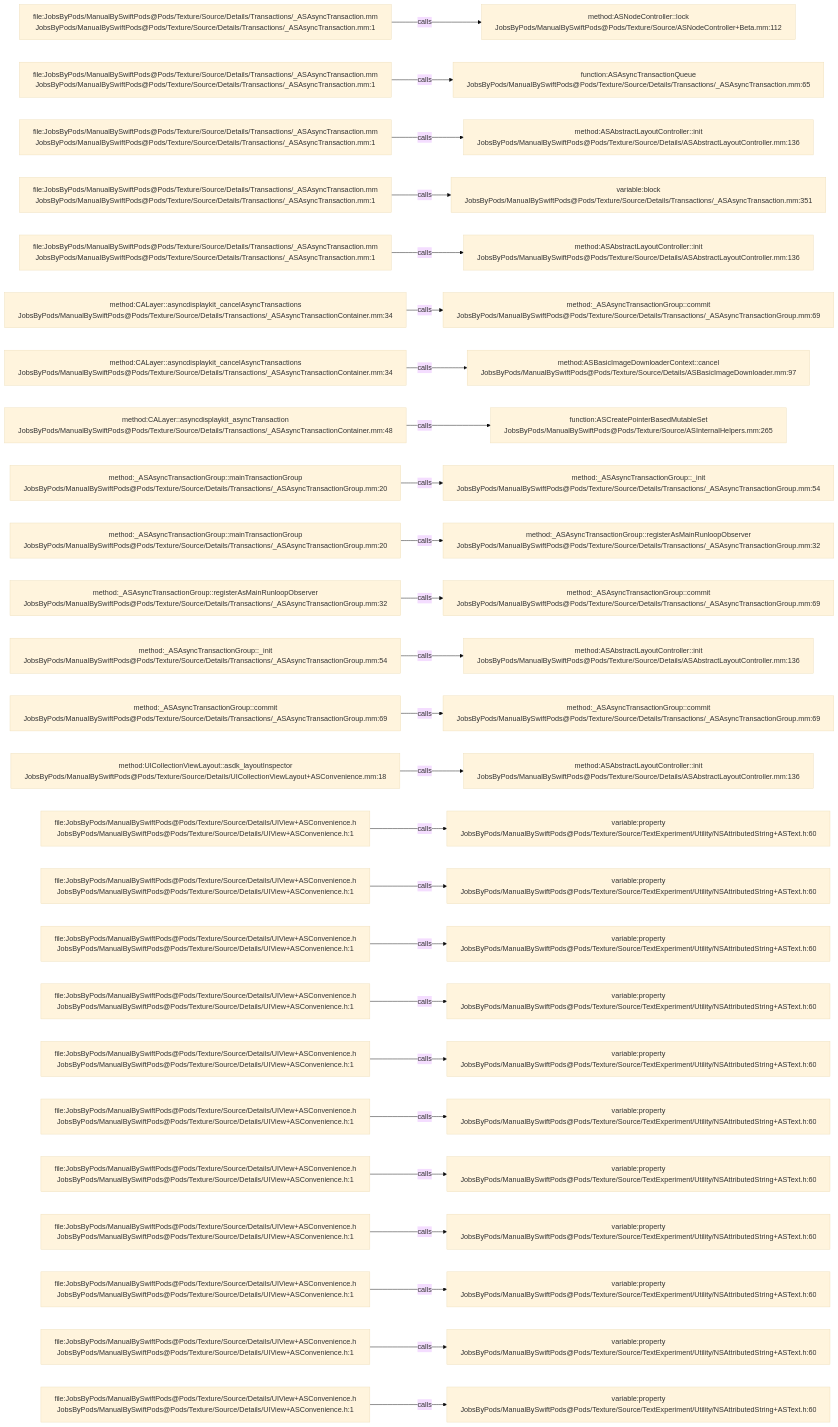
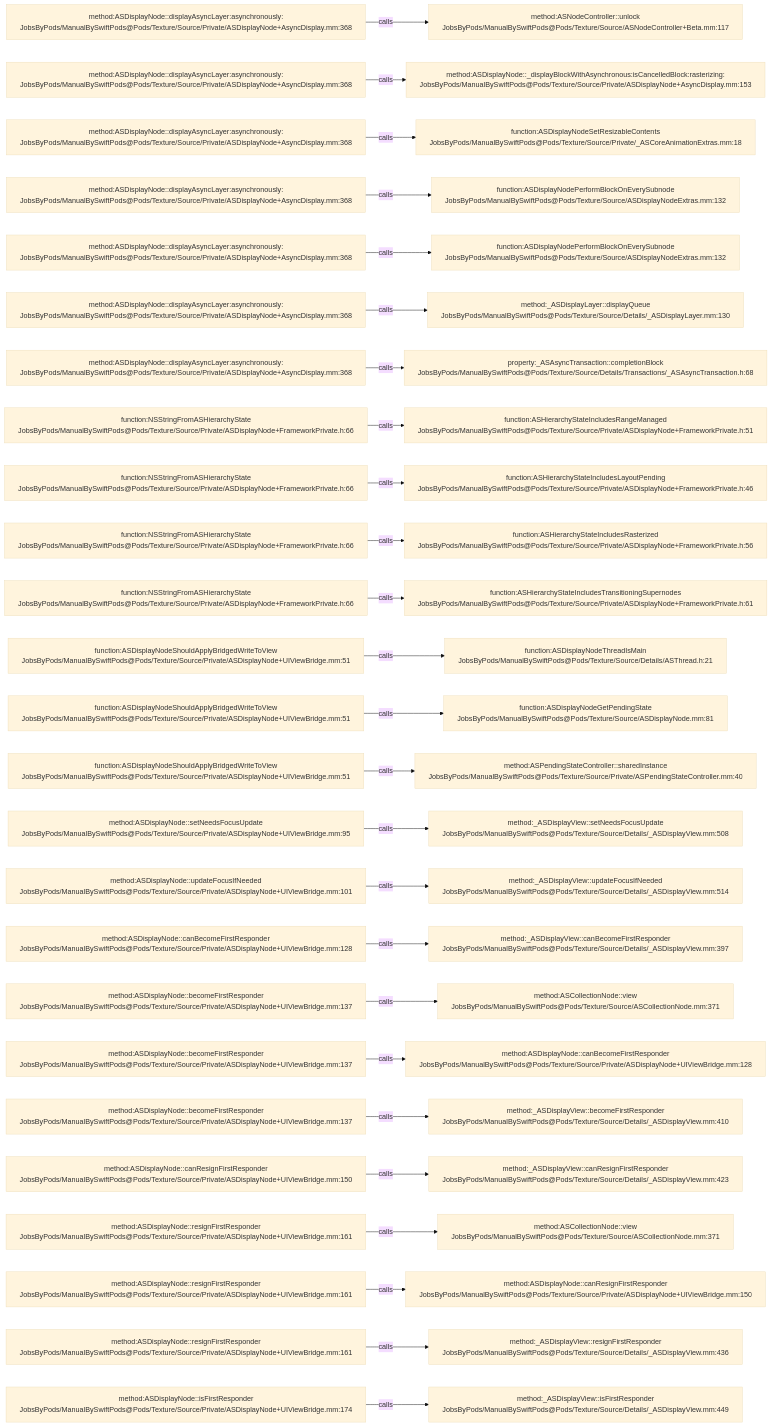
The diagram in .codegraph/codegraph.md/graphs/calls-118.md (JobsKits/JobsSwiftBaseConfigDemo), drawn with Mermaid (base theme) before and after one commit. The commit also changed 832 other files, not shown here.

````diff
--- a/.codegraph/codegraph.md/graphs/calls-118.md
+++ b/.codegraph/codegraph.md/graphs/calls-118.md
@@ -13,78 +13,78 @@
 ```mermaid
 flowchart LR
-  S1["file:JobsByPods/ManualBySwiftPods@Pods/Texture/Source/Details/Transactions/_ASAsyncTransaction.mm<br/>JobsByPods/ManualBySwiftPods@Pods/Texture/Source/Details/Transactions/_ASAsyncTransaction.mm:1"]
-  T1["method:ASNodeController::lock<br/>JobsByPods/ManualBySwiftPods@Pods/Texture/Source/ASNodeController+Beta.mm:112"]
+  S1["method:ASDisplayNode::displayAsyncLayer:asynchronously:<br/>JobsByPods/ManualBySwiftPods@Pods/Texture/Source/Private/ASDisplayNode+AsyncDisplay.mm:368"]
+  T1["method:ASNodeController::unlock<br/>JobsByPods/ManualBySwiftPods@Pods/Texture/Source/ASNodeController+Beta.mm:117"]
   S1 -->|calls| T1
-  S2["file:JobsByPods/ManualBySwiftPods@Pods/Texture/Source/Details/Transactions/_ASAsyncTransaction.mm<br/>JobsByPods/ManualBySwiftPods@Pods/Texture/Source/Details/Transactions/_ASAsyncTransaction.mm:1"]
-  T2["function:ASAsyncTransactionQueue<br/>JobsByPods/ManualBySwiftPods@Pods/Texture/Source/Details/Transactions/_ASAsyncTransaction.mm:65"]
+  S2["method:ASDisplayNode::displayAsyncLayer:asynchronously:<br/>JobsByPods/ManualBySwiftPods@Pods/Texture/Source/Private/ASDisplayNode+AsyncDisplay.mm:368"]
+  T2["method:ASDisplayNode::_displayBlockWithAsynchronous:isCancelledBlock:rasterizing:<br/>JobsByPods/ManualBySwiftPods@Pods/Texture/Source/Private/ASDisplayNode+AsyncDisplay.mm:153"]
   S2 -->|calls| T2
-  S3["file:JobsByPods/ManualBySwiftPods@Pods/Texture/Source/Details/Transactions/_ASAsyncTransaction.mm<br/>JobsByPods/ManualBySwiftPods@Pods/Texture/Source/Details/Transactions/_ASAsyncTransaction.mm:1"]
-  T3["method:ASAbstractLayoutController::init<br/>JobsByPods/ManualBySwiftPods@Pods/Texture/Source/Details/ASAbstractLayoutController.mm:136"]
+  S3["method:ASDisplayNode::displayAsyncLayer:asynchronously:<br/>JobsByPods/ManualBySwiftPods@Pods/Texture/Source/Private/ASDisplayNode+AsyncDisplay.mm:368"]
+  T3["function:ASDisplayNodeSetResizableContents<br/>JobsByPods/ManualBySwiftPods@Pods/Texture/Source/Private/_ASCoreAnimationExtras.mm:18"]
   S3 -->|calls| T3
-  S4["file:JobsByPods/ManualBySwiftPods@Pods/Texture/Source/Details/Transactions/_ASAsyncTransaction.mm<br/>JobsByPods/ManualBySwiftPods@Pods/Texture/Source/Details/Transactions/_ASAsyncTransaction.mm:1"]
-  T4["variable:block<br/>JobsByPods/ManualBySwiftPods@Pods/Texture/Source/Details/Transactions/_ASAsyncTransaction.mm:351"]
+  S4["method:ASDisplayNode::displayAsyncLayer:asynchronously:<br/>JobsByPods/ManualBySwiftPods@Pods/Texture/Source/Private/ASDisplayNode+AsyncDisplay.mm:368"]
+  T4["function:ASDisplayNodePerformBlockOnEverySubnode<br/>JobsByPods/ManualBySwiftPods@Pods/Texture/Source/ASDisplayNodeExtras.mm:132"]
   S4 -->|calls| T4
-  S5["file:JobsByPods/ManualBySwiftPods@Pods/Texture/Source/Details/Transactions/_ASAsyncTransaction.mm<br/>JobsByPods/ManualBySwiftPods@Pods/Texture/Source/Details/Transactions/_ASAsyncTransaction.mm:1"]
-  T5["method:ASAbstractLayoutController::init<br/>JobsByPods/ManualBySwiftPods@Pods/Texture/Source/Details/ASAbstractLayoutController.mm:136"]
+  S5["method:ASDisplayNode::displayAsyncLayer:asynchronously:<br/>JobsByPods/ManualBySwiftPods@Pods/Texture/Source/Private/ASDisplayNode+AsyncDisplay.mm:368"]
+  T5["function:ASDisplayNodePerformBlockOnEverySubnode<br/>JobsByPods/ManualBySwiftPods@Pods/Texture/Source/ASDisplayNodeExtras.mm:132"]
   S5 -->|calls| T5
-  S6["method:CALayer::asyncdisplaykit_cancelAsyncTransactions<br/>JobsByPods/ManualBySwiftPods@Pods/Texture/Source/Details/Transactions/_ASAsyncTransactionContainer.mm:34"]
-  T6["method:_ASAsyncTransactionGroup::commit<br/>JobsByPods/ManualBySwiftPods@Pods/Texture/Source/Details/Transactions/_ASAsyncTransactionGroup.mm:69"]
+  S6["method:ASDisplayNode::displayAsyncLayer:asynchronously:<br/>JobsByPods/ManualBySwiftPods@Pods/Texture/Source/Private/ASDisplayNode+AsyncDisplay.mm:368"]
+  T6["method:_ASDisplayLayer::displayQueue<br/>JobsByPods/ManualBySwiftPods@Pods/Texture/Source/Details/_ASDisplayLayer.mm:130"]
   S6 -->|calls| T6
-  S7["method:CALayer::asyncdisplaykit_cancelAsyncTransactions<br/>JobsByPods/ManualBySwiftPods@Pods/Texture/Source/Details/Transactions/_ASAsyncTransactionContainer.mm:34"]
-  T7["method:ASBasicImageDownloaderContext::cancel<br/>JobsByPods/ManualBySwiftPods@Pods/Texture/Source/Details/ASBasicImageDownloader.mm:97"]
+  S7["method:ASDisplayNode::displayAsyncLayer:asynchronously:<br/>JobsByPods/ManualBySwiftPods@Pods/Texture/Source/Private/ASDisplayNode+AsyncDisplay.mm:368"]
+  T7["property:_ASAsyncTransaction::completionBlock<br/>JobsByPods/ManualBySwiftPods@Pods/Texture/Source/Details/Transactions/_ASAsyncTransaction.h:68"]
   S7 -->|calls| T7
-  S8["method:CALayer::asyncdisplaykit_asyncTransaction<br/>JobsByPods/ManualBySwiftPods@Pods/Texture/Source/Details/Transactions/_ASAsyncTransactionContainer.mm:48"]
-  T8["function:ASCreatePointerBasedMutableSet<br/>JobsByPods/ManualBySwiftPods@Pods/Texture/Source/ASInternalHelpers.mm:265"]
+  S8["function:NSStringFromASHierarchyState<br/>JobsByPods/ManualBySwiftPods@Pods/Texture/Source/Private/ASDisplayNode+FrameworkPrivate.h:66"]
+  T8["function:ASHierarchyStateIncludesRangeManaged<br/>JobsByPods/ManualBySwiftPods@Pods/Texture/Source/Private/ASDisplayNode+FrameworkPrivate.h:51"]
   S8 -->|calls| T8
-  S9["method:_ASAsyncTransactionGroup::mainTransactionGroup<br/>JobsByPods/ManualBySwiftPods@Pods/Texture/Source/Details/Transactions/_ASAsyncTransactionGroup.mm:20"]
-  T9["method:_ASAsyncTransactionGroup::_init<br/>JobsByPods/ManualBySwiftPods@Pods/Texture/Source/Details/Transactions/_ASAsyncTransactionGroup.mm:54"]
+  S9["function:NSStringFromASHierarchyState<br/>JobsByPods/ManualBySwiftPods@Pods/Texture/Source/Private/ASDisplayNode+FrameworkPrivate.h:66"]
+  T9["function:ASHierarchyStateIncludesLayoutPending<br/>JobsByPods/ManualBySwiftPods@Pods/Texture/Source/Private/ASDisplayNode+FrameworkPrivate.h:46"]
   S9 -->|calls| T9
-  S10["method:_ASAsyncTransactionGroup::mainTransactionGroup<br/>JobsByPods/ManualBySwiftPods@Pods/Texture/Source/Details/Transactions/_ASAsyncTransactionGroup.mm:20"]
-  T10["method:_ASAsyncTransactionGroup::registerAsMainRunloopObserver<br/>JobsByPods/ManualBySwiftPods@Pods/Texture/Source/Details/Transactions/_ASAsyncTransactionGroup.mm:32"]
+  S10["function:NSStringFromASHierarchyState<br/>JobsByPods/ManualBySwiftPods@Pods/Texture/Source/Private/ASDisplayNode+FrameworkPrivate.h:66"]
+  T10["function:ASHierarchyStateIncludesRasterized<br/>JobsByPods/ManualBySwiftPods@Pods/Texture/Source/Private/ASDisplayNode+FrameworkPrivate.h:56"]
   S10 -->|calls| T10
-  S11["method:_ASAsyncTransactionGroup::registerAsMainRunloopObserver<br/>JobsByPods/ManualBySwiftPods@Pods/Texture/Source/Details/Transactions/_ASAsyncTransactionGroup.mm:32"]
-  T11["method:_ASAsyncTransactionGroup::commit<br/>JobsByPods/ManualBySwiftPods@Pods/Texture/Source/Details/Transactions/_ASAsyncTransactionGroup.mm:69"]
+  S11["function:NSStringFromASHierarchyState<br/>JobsByPods/ManualBySwiftPods@Pods/Texture/Source/Private/ASDisplayNode+FrameworkPrivate.h:66"]
+  T11["function:ASHierarchyStateIncludesTransitioningSupernodes<br/>JobsByPods/ManualBySwiftPods@Pods/Texture/Source/Private/ASDisplayNode+FrameworkPrivate.h:61"]
   S11 -->|calls| T11
-  S12["method:_ASAsyncTransactionGroup::_init<br/>JobsByPods/ManualBySwiftPods@Pods/Texture/Source/Details/Transactions/_ASAsyncTransactionGroup.mm:54"]
-  T12["method:ASAbstractLayoutController::init<br/>JobsByPods/ManualBySwiftPods@Pods/Texture/Source/Details/ASAbstractLayoutController.mm:136"]
+  S12["function:ASDisplayNodeShouldApplyBridgedWriteToView<br/>JobsByPods/ManualBySwiftPods@Pods/Texture/Source/Private/ASDisplayNode+UIViewBridge.mm:51"]
+  T12["function:ASDisplayNodeThreadIsMain<br/>JobsByPods/ManualBySwiftPods@Pods/Texture/Source/Details/ASThread.h:21"]
   S12 -->|calls| T12
-  S13["method:_ASAsyncTransactionGroup::commit<br/>JobsByPods/ManualBySwiftPods@Pods/Texture/Source/Details/Transactions/_ASAsyncTransactionGroup.mm:69"]
-  T13["method:_ASAsyncTransactionGroup::commit<br/>JobsByPods/ManualBySwiftPods@Pods/Texture/Source/Details/Transactions/_ASAsyncTransactionGroup.mm:69"]
+  S13["function:ASDisplayNodeShouldApplyBridgedWriteToView<br/>JobsByPods/ManualBySwiftPods@Pods/Texture/Source/Private/ASDisplayNode+UIViewBridge.mm:51"]
+  T13["function:ASDisplayNodeGetPendingState<br/>JobsByPods/ManualBySwiftPods@Pods/Texture/Source/ASDisplayNode.mm:81"]
   S13 -->|calls| T13
-  S14["method:UICollectionViewLayout::asdk_layoutInspector<br/>JobsByPods/ManualBySwiftPods@Pods/Texture/Source/Details/UICollectionViewLayout+ASConvenience.mm:18"]
-  T14["method:ASAbstractLayoutController::init<br/>JobsByPods/ManualBySwiftPods@Pods/Texture/Source/Details/ASAbstractLayoutController.mm:136"]
+  S14["function:ASDisplayNodeShouldApplyBridgedWriteToView<br/>JobsByPods/ManualBySwiftPods@Pods/Texture/Source/Private/ASDisplayNode+UIViewBridge.mm:51"]
+  T14["method:ASPendingStateController::sharedInstance<br/>JobsByPods/ManualBySwiftPods@Pods/Texture/Source/Private/ASPendingStateController.mm:40"]
   S14 -->|calls| T14
-  S15["file:JobsByPods/ManualBySwiftPods@Pods/Texture/Source/Details/UIView+ASConvenience.h<br/>JobsByPods/ManualBySwiftPods@Pods/Texture/Source/Details/UIView+ASConvenience.h:1"]
-  T15["variable:property<br/>JobsByPods/ManualBySwiftPods@Pods/Texture/Source/TextExperiment/Utility/NSAttributedString+ASText.h:60"]
+  S15["method:ASDisplayNode::setNeedsFocusUpdate<br/>JobsByPods/ManualBySwiftPods@Pods/Texture/Source/Private/ASDisplayNode+UIViewBridge.mm:95"]
+  T15["method:_ASDisplayView::setNeedsFocusUpdate<br/>JobsByPods/ManualBySwiftPods@Pods/Texture/Source/Details/_ASDisplayView.mm:508"]
   S15 -->|calls| T15
-  S16["file:JobsByPods/ManualBySwiftPods@Pods/Texture/Source/Details/UIView+ASConvenience.h<br/>JobsByPods/ManualBySwiftPods@Pods/Texture/Source/Details/UIView+ASConvenience.h:1"]
-  T16["variable:property<br/>JobsByPods/ManualBySwiftPods@Pods/Texture/Source/TextExperiment/Utility/NSAttributedString+ASText.h:60"]
+  S16["method:ASDisplayNode::updateFocusIfNeeded<br/>JobsByPods/ManualBySwiftPods@Pods/Texture/Source/Private/ASDisplayNode+UIViewBridge.mm:101"]
+  T16["method:_ASDisplayView::updateFocusIfNeeded<br/>JobsByPods/ManualBySwiftPods@Pods/Texture/Source/Details/_ASDisplayView.mm:514"]
   S16 -->|calls| T16
-  S17["file:JobsByPods/ManualBySwiftPods@Pods/Texture/Source/Details/UIView+ASConvenience.h<br/>JobsByPods/ManualBySwiftPods@Pods/Texture/Source/Details/UIView+ASConvenience.h:1"]
-  T17["variable:property<br/>JobsByPods/ManualBySwiftPods@Pods/Texture/Source/TextExperiment/Utility/NSAttributedString+ASText.h:60"]
+  S17["method:ASDisplayNode::canBecomeFirstResponder<br/>JobsByPods/ManualBySwiftPods@Pods/Texture/Source/Private/ASDisplayNode+UIViewBridge.mm:128"]
+  T17["method:_ASDisplayView::canBecomeFirstResponder<br/>JobsByPods/ManualBySwiftPods@Pods/Texture/Source/Details/_ASDisplayView.mm:397"]
   S17 -->|calls| T17
-  S18["file:JobsByPods/ManualBySwiftPods@Pods/Texture/Source/Details/UIView+ASConvenience.h<br/>JobsByPods/ManualBySwiftPods@Pods/Texture/Source/Details/UIView+ASConvenience.h:1"]
-  T18["variable:property<br/>JobsByPods/ManualBySwiftPods@Pods/Texture/Source/TextExperiment/Utility/NSAttributedString+ASText.h:60"]
+  S18["method:ASDisplayNode::becomeFirstResponder<br/>JobsByPods/ManualBySwiftPods@Pods/Texture/Source/Private/ASDisplayNode+UIViewBridge.mm:137"]
+  T18["method:ASCollectionNode::view<br/>JobsByPods/ManualBySwiftPods@Pods/Texture/Source/ASCollectionNode.mm:371"]
   S18 -->|calls| T18
-  S19["file:JobsByPods/ManualBySwiftPods@Pods/Texture/Source/Details/UIView+ASConvenience.h<br/>JobsByPods/ManualBySwiftPods@Pods/Texture/Source/Details/UIView+ASConvenience.h:1"]
-  T19["variable:property<br/>JobsByPods/ManualBySwiftPods@Pods/Texture/Source/TextExperiment/Utility/NSAttributedString+ASText.h:60"]
+  S19["method:ASDisplayNode::becomeFirstResponder<br/>JobsByPods/ManualBySwiftPods@Pods/Texture/Source/Private/ASDisplayNode+UIViewBridge.mm:137"]
+  T19["method:ASDisplayNode::canBecomeFirstResponder<br/>JobsByPods/ManualBySwiftPods@Pods/Texture/Source/Private/ASDisplayNode+UIViewBridge.mm:128"]
   S19 -->|calls| T19
-  S20["file:JobsByPods/ManualBySwiftPods@Pods/Texture/Source/Details/UIView+ASConvenience.h<br/>JobsByPods/ManualBySwiftPods@Pods/Texture/Source/Details/UIView+ASConvenience.h:1"]
-  T20["variable:property<br/>JobsByPods/ManualBySwiftPods@Pods/Texture/Source/TextExperiment/Utility/NSAttributedString+ASText.h:60"]
+  S20["method:ASDisplayNode::becomeFirstResponder<br/>JobsByPods/ManualBySwiftPods@Pods/Texture/Source/Private/ASDisplayNode+UIViewBridge.mm:137"]
+  T20["method:_ASDisplayView::becomeFirstResponder<br/>JobsByPods/ManualBySwiftPods@Pods/Texture/Source/Details/_ASDisplayView.mm:410"]
   S20 -->|calls| T20
-  S21["file:JobsByPods/ManualBySwiftPods@Pods/Texture/Source/Details/UIView+ASConvenience.h<br/>JobsByPods/ManualBySwiftPods@Pods/Texture/Source/Details/UIView+ASConvenience.h:1"]
-  T21["variable:property<br/>JobsByPods/ManualBySwiftPods@Pods/Texture/Source/TextExperiment/Utility/NSAttributedString+ASText.h:60"]
+  S21["method:ASDisplayNode::canResignFirstResponder<br/>JobsByPods/ManualBySwiftPods@Pods/Texture/Source/Private/ASDisplayNode+UIViewBridge.mm:150"]
+  T21["method:_ASDisplayView::canResignFirstResponder<br/>JobsByPods/ManualBySwiftPods@Pods/Texture/Source/Details/_ASDisplayView.mm:423"]
   S21 -->|calls| T21
-  S22["file:JobsByPods/ManualBySwiftPods@Pods/Texture/Source/Details/UIView+ASConvenience.h<br/>JobsByPods/ManualBySwiftPods@Pods/Texture/Source/Details/UIView+ASConvenience.h:1"]
-  T22["variable:property<br/>JobsByPods/ManualBySwiftPods@Pods/Texture/Source/TextExperiment/Utility/NSAttributedString+ASText.h:60"]
+  S22["method:ASDisplayNode::resignFirstResponder<br/>JobsByPods/ManualBySwiftPods@Pods/Texture/Source/Private/ASDisplayNode+UIViewBridge.mm:161"]
+  T22["method:ASCollectionNode::view<br/>JobsByPods/ManualBySwiftPods@Pods/Texture/Source/ASCollectionNode.mm:371"]
   S22 -->|calls| T22
-  S23["file:JobsByPods/ManualBySwiftPods@Pods/Texture/Source/Details/UIView+ASConvenience.h<br/>JobsByPods/ManualBySwiftPods@Pods/Texture/Source/Details/UIView+ASConvenience.h:1"]
-  T23["variable:property<br/>JobsByPods/ManualBySwiftPods@Pods/Texture/Source/TextExperiment/Utility/NSAttributedString+ASText.h:60"]
+  S23["method:ASDisplayNode::resignFirstResponder<br/>JobsByPods/ManualBySwiftPods@Pods/Texture/Source/Private/ASDisplayNode+UIViewBridge.mm:161"]
+  T23["method:ASDisplayNode::canResignFirstResponder<br/>JobsByPods/ManualBySwiftPods@Pods/Texture/Source/Private/ASDisplayNode+UIViewBridge.mm:150"]
   S23 -->|calls| T23
-  S24["file:JobsByPods/ManualBySwiftPods@Pods/Texture/Source/Details/UIView+ASConvenience.h<br/>JobsByPods/ManualBySwiftPods@Pods/Texture/Source/Details/UIView+ASConvenience.h:1"]
-  T24["variable:property<br/>JobsByPods/ManualBySwiftPods@Pods/Texture/Source/TextExperiment/Utility/NSAttributedString+ASText.h:60"]
+  S24["method:ASDisplayNode::resignFirstResponder<br/>JobsByPods/ManualBySwiftPods@Pods/Texture/Source/Private/ASDisplayNode+UIViewBridge.mm:161"]
+  T24["method:_ASDisplayView::resignFirstResponder<br/>JobsByPods/ManualBySwiftPods@Pods/Texture/Source/Details/_ASDisplayView.mm:436"]
   S24 -->|calls| T24
-  S25["file:JobsByPods/ManualBySwiftPods@Pods/Texture/Source/Details/UIView+ASConvenience.h<br/>JobsByPods/ManualBySwiftPods@Pods/Texture/Source/Details/UIView+ASConvenience.h:1"]
-  T25["variable:property<br/>JobsByPods/ManualBySwiftPods@Pods/Texture/Source/TextExperiment/Utility/NSAttributedString+ASText.h:60"]
+  S25["method:ASDisplayNode::isFirstResponder<br/>JobsByPods/ManualBySwiftPods@Pods/Texture/Source/Private/ASDisplayNode+UIViewBridge.mm:174"]
+  T25["method:_ASDisplayView::isFirstResponder<br/>JobsByPods/ManualBySwiftPods@Pods/Texture/Source/Details/_ASDisplayView.mm:449"]
   S25 -->|calls| T25
 ```
````
